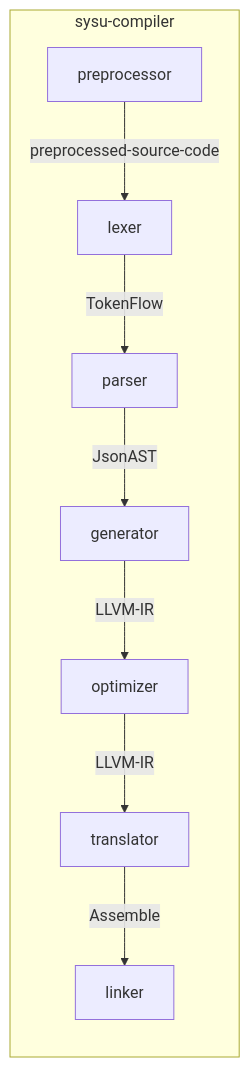
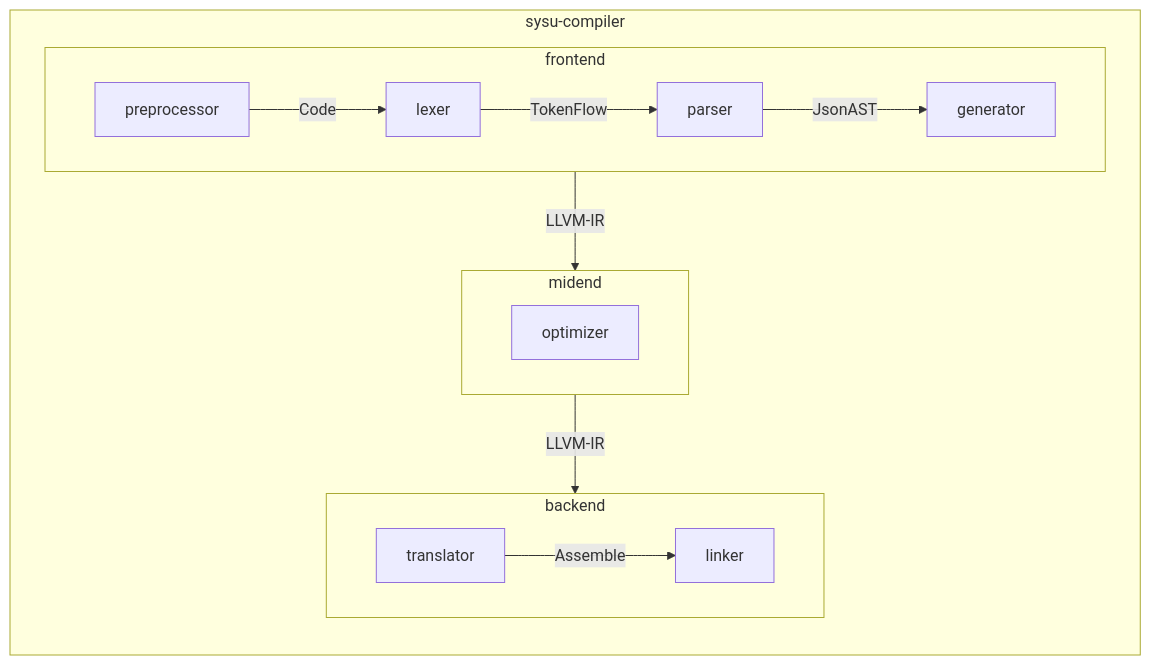
Before and after one commit to arcsysu/SYsU-lang: the diagram in README.md, drawn with Mermaid.

````diff
--- a/README.md
+++ b/README.md
@@ -91,11 +91,21 @@
 ```mermaid
-flowchart LR
+flowchart TB
 subgraph sysu-compiler
-preprocessor--preprocessed-source-code-->lexer
+direction TB
+subgraph frontend
+direction LR
+preprocessor--Code-->lexer
 lexer--TokenFlow-->parser
 parser--JsonAST-->generator
-generator--LLVM-IR-->optimizer
-optimizer--LLVM-IR-->translator
+end
+subgraph midend
+optimizer
+end
+subgraph backend
+direction LR
 translator--Assemble-->linker
 end
+frontend--LLVM-IR-->midend
+midend--LLVM-IR-->backend
+end
 ```
````
